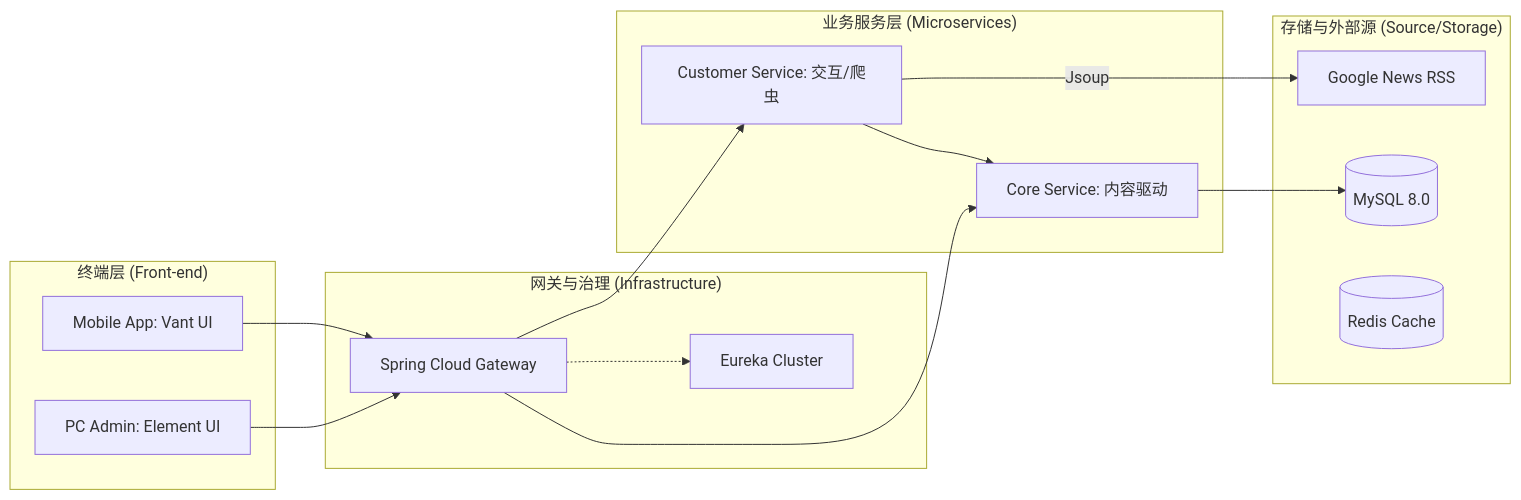
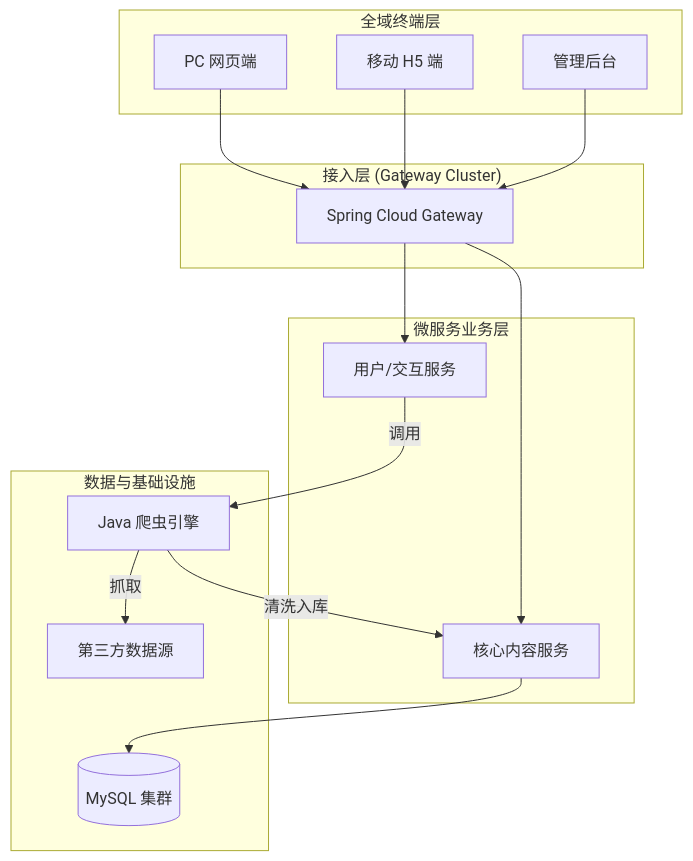
One commit to momo-qxc/news_system changed the diagram in README.md. Above: the diagram before and after it, drawn with Mermaid. The commit also changed other lines of this file and 144 other files, not shown here.

````diff
--- a/README.md
+++ b/README.md
@@ -59,31 +38,31 @@
 ```mermaid
-graph LR
-    subgraph "终端层 (Front-end)"
-        PC[PC Admin: Element UI]
-        MOB[Mobile App: Vant UI]
+graph TD
+    subgraph "全域终端层"
+        WEB[PC 网页端]
+        MOB[移动 H5 端]
+        ADM[管理后台]
     end
 
-    subgraph "网关与治理 (Infrastructure)"
+    subgraph "接入层 (Gateway Cluster)"
         GTW[Spring Cloud Gateway]
-        REK[Eureka Cluster]
     end
 
-    subgraph "业务服务层 (Microservices)"
-        CORE[Core Service: 内容驱动]
-        CUST[Customer Service: 交互/爬虫]
+    subgraph "微服务业务层"
+        CORE[核心内容服务]
+        USER[用户/交互服务]
     end
 
-    subgraph "存储与外部源 (Source/Storage)"
-        RSS[Google News RSS]
-        DB[(MySQL 8.0)]
-        RDS[(Redis Cache)]
+    subgraph "数据与基础设施"
+        CRAWLER[Java 爬虫引擎]
+        RSS[第三方数据源]
+        DB[(MySQL 集群)]
     end
 
-    %% 连接
-    PC & MOB --> GTW
-    GTW --> CORE & CUST
-    GTW -.-> REK
-    CUST -->|Jsoup| RSS
-    CUST --> CORE
+    %% 链路关系
+    WEB & MOB & ADM --> GTW
+    GTW --> CORE & USER
+    USER -->|调用| CRAWLER
+    CRAWLER -->|抓取| RSS
+    CRAWLER -->|清洗入库| CORE
     CORE --> DB
 ```
````
